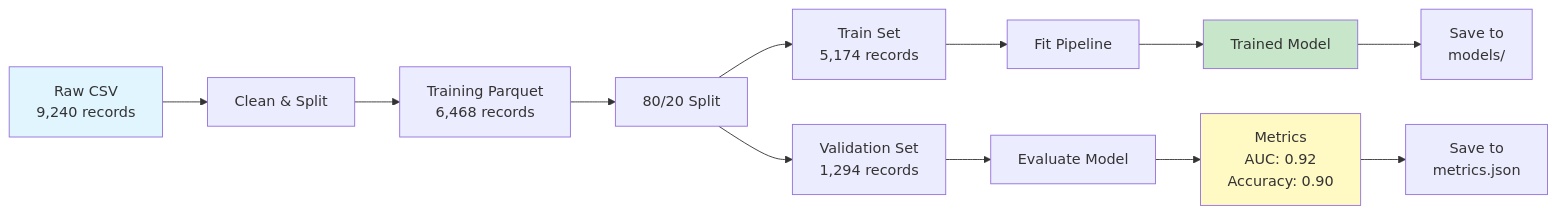
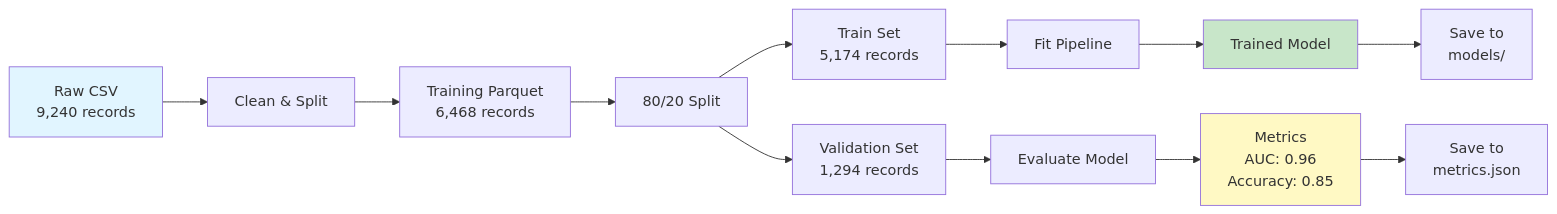
Before and after one commit to smiley-maker/realtime-lead-scoring: the fourth of 6 diagrams in docs/architecture.md, drawn with Mermaid. The commit also changed other lines of this file and 4 other files, not shown here.

````diff
--- a/docs/architecture.md
+++ b/docs/architecture.md
@@ -187,22 +165,22 @@
 ```mermaid
 flowchart LR
     A[Raw CSV<br/>9,240 records] --> B[Clean & Split]
     B --> C[Training Parquet<br/>6,468 records]
     C --> D[80/20 Split]
     
     D --> E[Train Set<br/>5,174 records]
     D --> F[Validation Set<br/>1,294 records]
     
     E --> G[Fit Pipeline]
     G --> H[Trained Model]
     
     F --> I[Evaluate Model]
-    I --> J[Metrics<br/>AUC: 0.92<br/>Accuracy: 0.90]
+    I --> J[Metrics<br/>AUC: 0.96<br/>Accuracy: 0.85]
     
     H --> K[Save to<br/>models/]
     J --> L[Save to<br/>metrics.json]
     
     style A fill:#e1f5ff
     style H fill:#c8e6c9
     style J fill:#fff9c4
 ```
````
